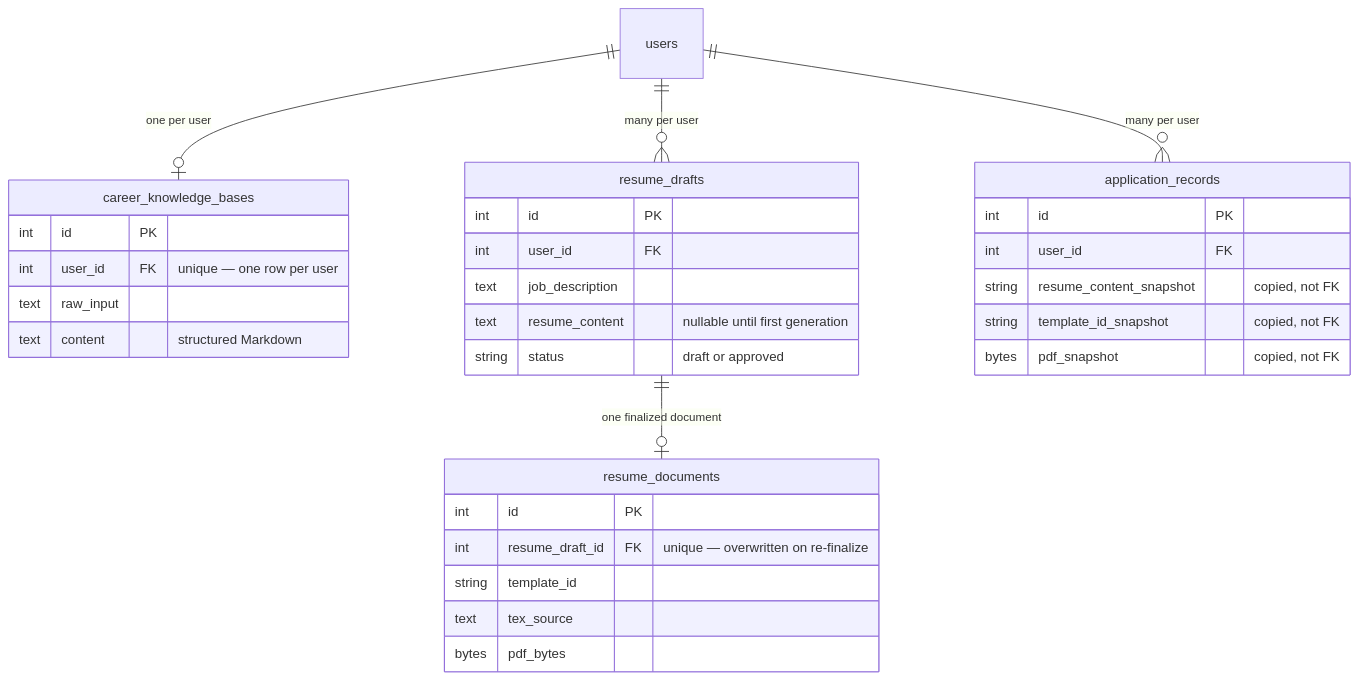
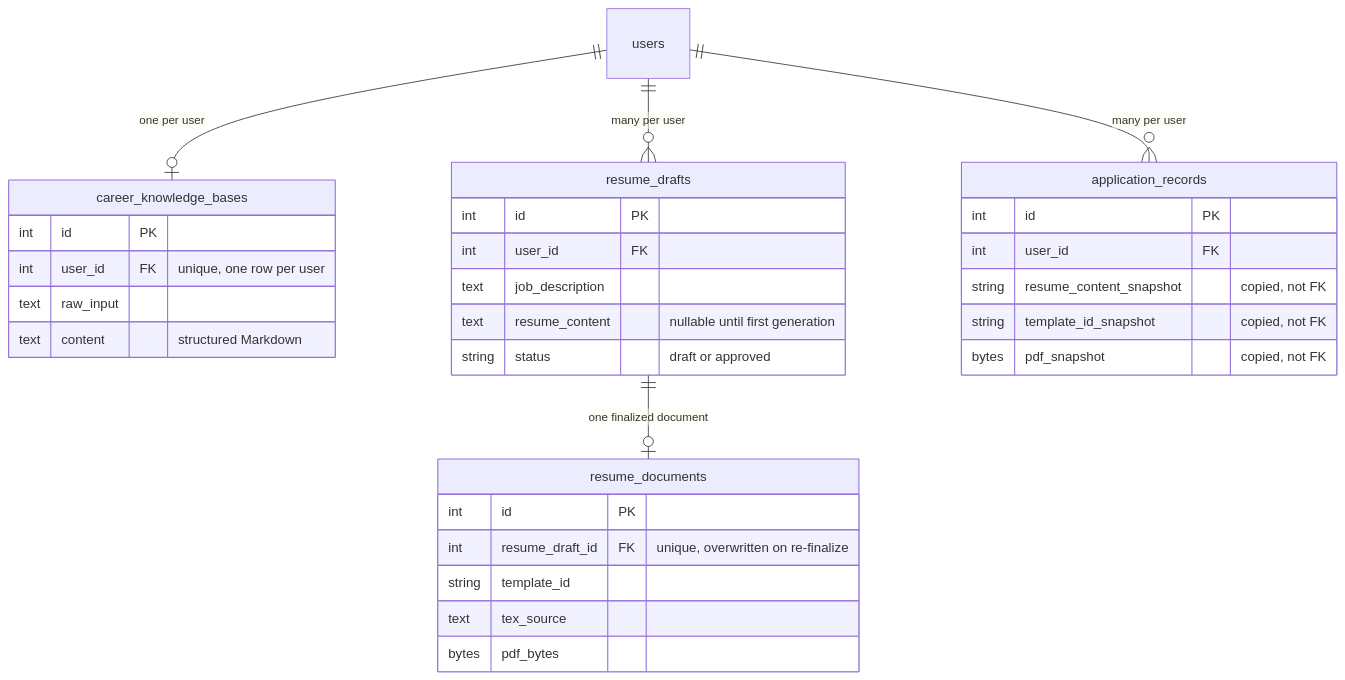
One commit to Nachiket-2024/manifest-cv changed the diagram in docs/app/database/design.md. Above: the diagram before and after it, drawn with Mermaid. The commit also changed other lines of this file and 507 other files, not shown here.

````diff
--- a/docs/app/database/design.md
+++ b/docs/app/database/design.md
@@ -5,35 +5,35 @@
 ```mermaid
 erDiagram
     users ||--o| career_knowledge_bases : "one per user"
     users ||--o{ resume_drafts : "many per user"
     resume_drafts ||--o| resume_documents : "one finalized document"
     users ||--o{ application_records : "many per user"
 
     career_knowledge_bases {
         int id PK
-        int user_id FK "unique — one row per user"
+        int user_id FK "unique, one row per user"
         text raw_input
         text content "structured Markdown"
     }
     resume_drafts {
         int id PK
         int user_id FK
         text job_description
         text resume_content "nullable until first generation"
         string status "draft or approved"
     }
     resume_documents {
         int id PK
-        int resume_draft_id FK "unique — overwritten on re-finalize"
+        int resume_draft_id FK "unique, overwritten on re-finalize"
         string template_id
         text tex_source
         bytes pdf_bytes
     }
     application_records {
         int id PK
         int user_id FK
         string resume_content_snapshot "copied, not FK"
         string template_id_snapshot "copied, not FK"
         bytes pdf_snapshot "copied, not FK"
     }
 ```
````
